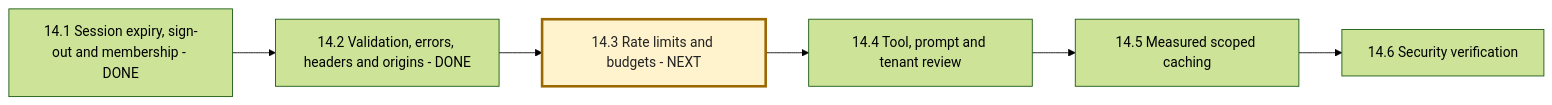
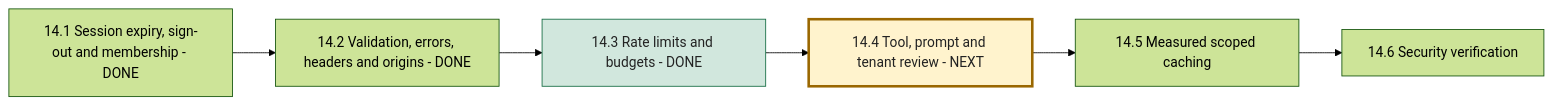
One commit to msdian0007/nexaAi changed the sixth of 6 diagrams in NEXAAI_ROADMAP.md. Above: the diagram before and after it, drawn with Mermaid (forest theme). The commit also changed other lines of this file and 16 other files, not shown here.

Commit message:
rate limits and usage budgets

````diff
--- a/NEXAAI_ROADMAP.md
+++ b/NEXAAI_ROADMAP.md
@@ -371,9 +373,10 @@
 ```mermaid
 flowchart LR
     A[14.1 Session expiry, sign-out and membership - DONE] --> B[14.2 Validation, errors, headers and origins - DONE]
-    B --> C[14.3 Rate limits and budgets - NEXT]
-    C --> D[14.4 Tool, prompt and tenant review]
+    B --> C[14.3 Rate limits and budgets - DONE]
+    C --> D[14.4 Tool, prompt and tenant review - NEXT]
     D --> E[14.5 Measured scoped caching]
     E --> F[14.6 Security verification]
-    style C fill:#fff3cd,stroke:#9a6700,stroke-width:3px,color:#222
+    style C fill:#d1e7dd,stroke:#146c43,color:#222
+    style D fill:#fff3cd,stroke:#9a6700,stroke-width:3px,color:#222
 ```
````
